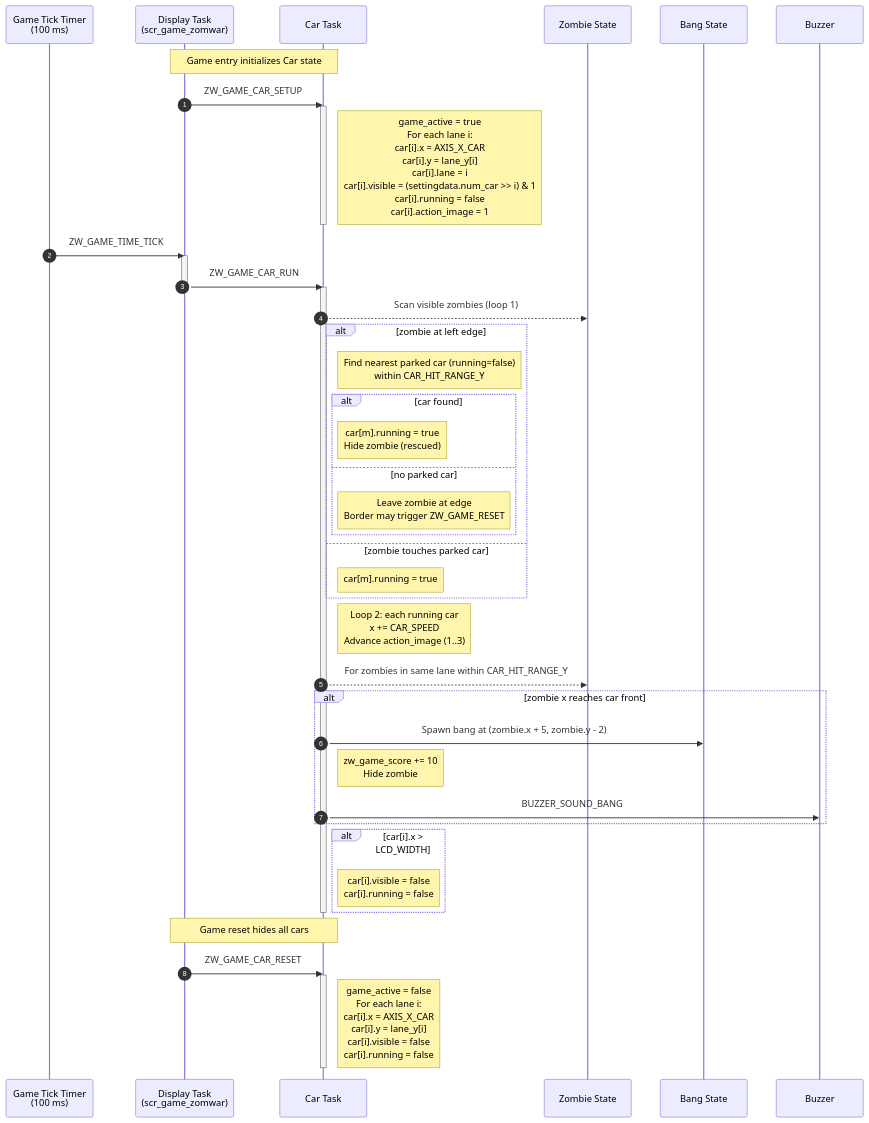
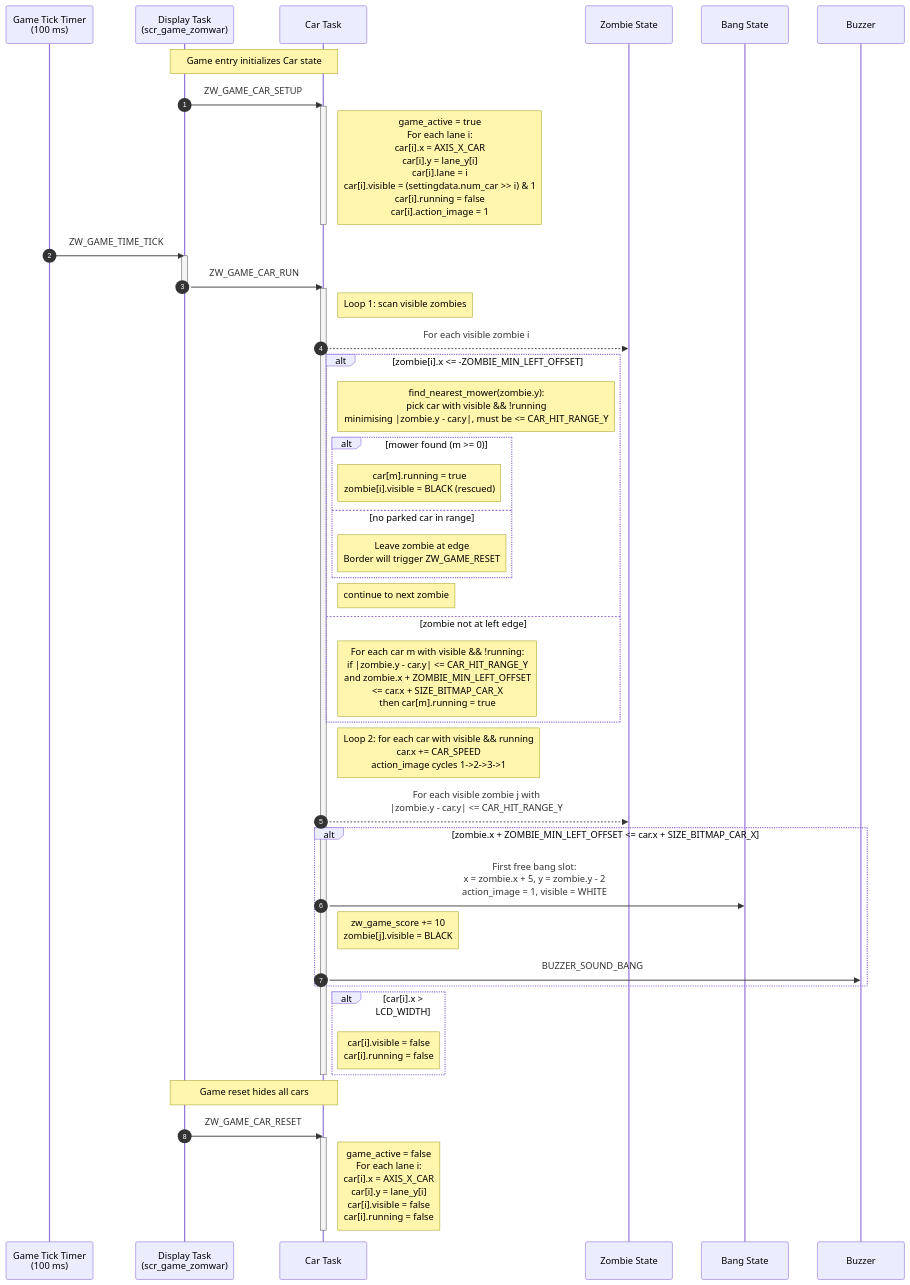
Before and after one commit to caotrongphuoc/mini-clock: the sixth of 7 diagrams in docs/object_sequence.md, drawn with Mermaid. The commit also changed other lines of this file, not shown here.

Commit message:
[UPDATE] object_sequence.md

````diff
--- a/docs/object_sequence.md
+++ b/docs/object_sequence.md
@@ -123,54 +338,56 @@
 ```mermaid
 sequenceDiagram
     autonumber
     participant Timer as Game Tick Timer<br/>(100 ms)
     participant Screen as Display Task<br/>(scr_game_zomwar)
     participant Car as Car Task
     participant Zombie as Zombie State
     participant Bang as Bang State
     participant Buzzer as Buzzer
 
     Note over Screen,Car: Game entry initializes Car state
 
     Screen->>Car: ZW_GAME_CAR_SETUP
     activate Car
     Note right of Car: game_active = true<br/>For each lane i:<br/>car[i].x = AXIS_X_CAR<br/>car[i].y = lane_y[i]<br/>car[i].lane = i<br/>car[i].visible = (settingdata.num_car >> i) & 1<br/>car[i].running = false<br/>car[i].action_image = 1
     deactivate Car
 
     Timer->>Screen: ZW_GAME_TIME_TICK
     activate Screen
     Screen->>Car: ZW_GAME_CAR_RUN
     deactivate Screen
 
     activate Car
-    Car-->>Zombie: Scan visible zombies (loop 1)
-    alt zombie at left edge
-        Note right of Car: Find nearest parked car (running=false)<br/>within CAR_HIT_RANGE_Y
-        alt car found
-            Note right of Car: car[m].running = true<br/>Hide zombie (rescued)
-        else no parked car
-            Note right of Car: Leave zombie at edge<br/>Border may trigger ZW_GAME_RESET
+    Note right of Car: Loop 1: scan visible zombies
+    Car-->>Zombie: For each visible zombie i
+    alt zombie[i].x <= -ZOMBIE_MIN_LEFT_OFFSET
+        Note right of Car: find_nearest_mower(zombie.y):<br/>pick car with visible && !running<br/>minimising |zombie.y - car.y|, must be <= CAR_HIT_RANGE_Y
+        alt mower found (m >= 0)
+            Note right of Car: car[m].running = true<br/>zombie[i].visible = BLACK (rescued)
+        else no parked car in range
+            Note right of Car: Leave zombie at edge<br/>Border will trigger ZW_GAME_RESET
         end
-    else zombie touches parked car
-        Note right of Car: car[m].running = true
+        Note right of Car: continue to next zombie
+    else zombie not at left edge
+        Note right of Car: For each car m with visible && !running:<br/>if |zombie.y - car.y| <= CAR_HIT_RANGE_Y<br/>and zombie.x + ZOMBIE_MIN_LEFT_OFFSET<br/>     <= car.x + SIZE_BITMAP_CAR_X<br/>then car[m].running = true
     end
 
-    Note right of Car: Loop 2: each running car<br/>x += CAR_SPEED<br/>Advance action_image (1..3)
-    Car-->>Zombie: For zombies in same lane within CAR_HIT_RANGE_Y
-    alt zombie x reaches car front
-        Car->>Bang: Spawn bang at (zombie.x + 5, zombie.y - 2)
-        Note right of Car: zw_game_score += 10<br/>Hide zombie
+    Note right of Car: Loop 2: for each car with visible && running<br/>car.x += CAR_SPEED<br/>action_image cycles 1->2->3->1
+    Car-->>Zombie: For each visible zombie j with<br/>|zombie.y - car.y| <= CAR_HIT_RANGE_Y
+    alt zombie.x + ZOMBIE_MIN_LEFT_OFFSET <= car.x + SIZE_BITMAP_CAR_X
+        Car->>Bang: First free bang slot:<br/>x = zombie.x + 5, y = zombie.y - 2<br/>action_image = 1, visible = WHITE
+        Note right of Car: zw_game_score += 10<br/>zombie[j].visible = BLACK
         Car->>Buzzer: BUZZER_SOUND_BANG
     end
     alt car[i].x > LCD_WIDTH
         Note right of Car: car[i].visible = false<br/>car[i].running = false
     end
     deactivate Car
 
     Note over Screen,Car: Game reset hides all cars
 
     Screen->>Car: ZW_GAME_CAR_RESET
     activate Car
     Note right of Car: game_active = false<br/>For each lane i:<br/>car[i].x = AXIS_X_CAR<br/>car[i].y = lane_y[i]<br/>car[i].visible = false<br/>car[i].running = false
     deactivate Car
 ```
````
